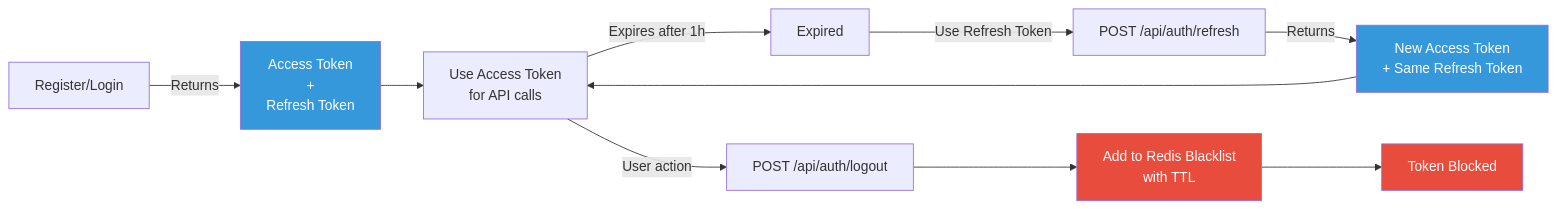
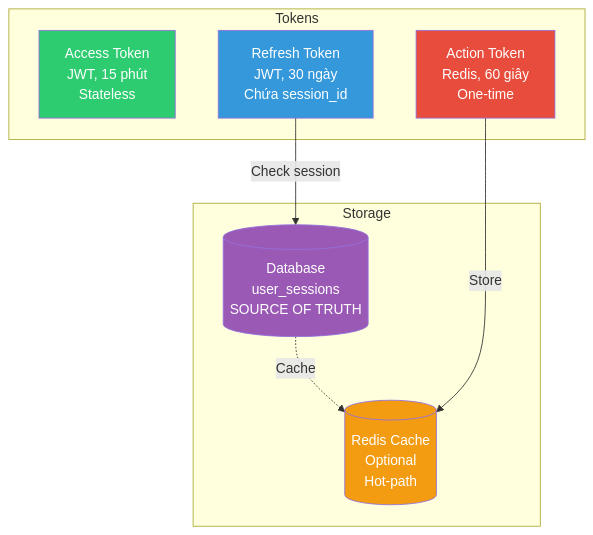
One commit to HungPhan200591/live-stream-backend changed the first of 7 diagrams in docs/authorization_flow.md. Above: the diagram before and after it, drawn with Mermaid. The commit also changed other lines of this file and 3 other files, not shown here.

Commit message:
docs: Add comprehensive documentation for the authorization flow and security best practices.

````diff
--- a/docs/authorization_flow.md
+++ b/docs/authorization_flow.md
@@ -46,17 +40,23 @@
 ```mermaid
-flowchart LR
-    Register[Register/Login] -->|Returns| Tokens[Access Token<br/>+<br/>Refresh Token]
-    Tokens --> Use[Use Access Token<br/>for API calls]
-    Use -->|Expires after 1h| Expired
-    Expired -->|Use Refresh Token| Refresh[POST /api/auth/refresh]
-    Refresh -->|Returns| NewAccess[New Access Token<br/>+ Same Refresh Token]
-    NewAccess --> Use
-    Use -->|User action| Logout[POST /api/auth/logout]
-    Logout --> Blacklist[Add to Redis Blacklist<br/>with TTL]
-    Blacklist --> Blocked[Token Blocked]
-    
-    style Tokens fill:#3498db,color:#fff
-    style NewAccess fill:#3498db,color:#fff
-    style Blacklist fill:#e74c3c,color:#fff
-    style Blocked fill:#e74c3c,color:#fff
+flowchart TD
+    subgraph Tokens
+        AT[Access Token<br/>JWT, 15 phút<br/>Stateless]
+        RT[Refresh Token<br/>JWT, 30 ngày<br/>Chứa session_id]
+        ActionT[Action Token<br/>Redis, 60 giây<br/>One-time]
+    end
+
+    subgraph Storage
+        DB[(Database<br/>user_sessions<br/>SOURCE OF TRUTH)]
+        Redis[(Redis Cache<br/>Optional<br/>Hot-path)]
+    end
+
+    RT -->|Check session| DB
+    DB -.->|Cache| Redis
+    ActionT -->|Store| Redis
+
+    style AT fill:#2ecc71,color:#fff
+    style RT fill:#3498db,color:#fff
+    style ActionT fill:#e74c3c,color:#fff
+    style DB fill:#9b59b6,color:#fff
+    style Redis fill:#f39c12,color:#fff
 ```
````
